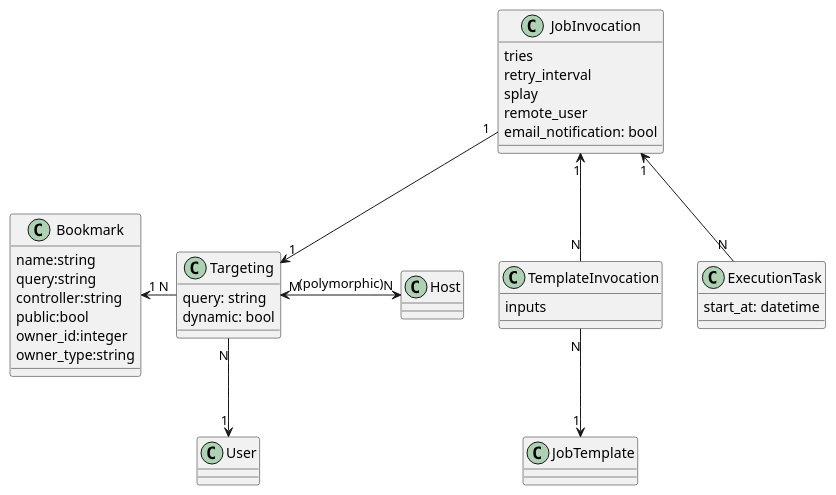
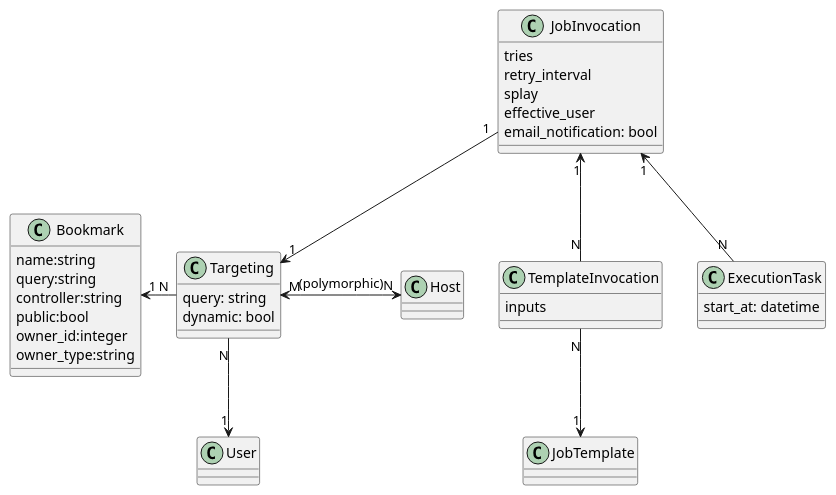
One commit to theforeman/foreman_remote_execution changed the seventh of 12 diagrams in doc/source/design/index.md. Above: the diagram before and after it, drawn with PlantUML. The commit also changed other lines of this file, not shown here.

Commit message:
Improve security design and rename remote user to effective user

```diff
--- a/doc/source/design/index.md
+++ b/doc/source/design/index.md
@@ -575,44 +575,44 @@
 {% plantuml %}
 
 class Bookmark {
   name:string
   query:string
   controller:string
   public:bool
   owner_id:integer
   owner_type:string
 }
 
 class Targeting {
   query: string
   dynamic: bool
 }
 
 class Host
 class User
 
 class TemplateInvocation {
   inputs
 }
 
 class JobInvocation {
   tries
   retry_interval
   splay
-  remote_user
+  effective_user
   email_notification: bool
 }
 
 class ExecutionTask {
   start_at: datetime
 }
 
 Bookmark "1" <- "N" Targeting
 Targeting "M" <-> "N" Host : (polymorphic)
 Targeting "N" --> "1" User
 JobInvocation "1" --> "1" Targeting
 JobInvocation "1" <-- "N" TemplateInvocation
 TemplateInvocation "N" --> "1" JobTemplate
 JobInvocation "1" <-- "N" ExecutionTask
 
 {% endplantuml %}
```
